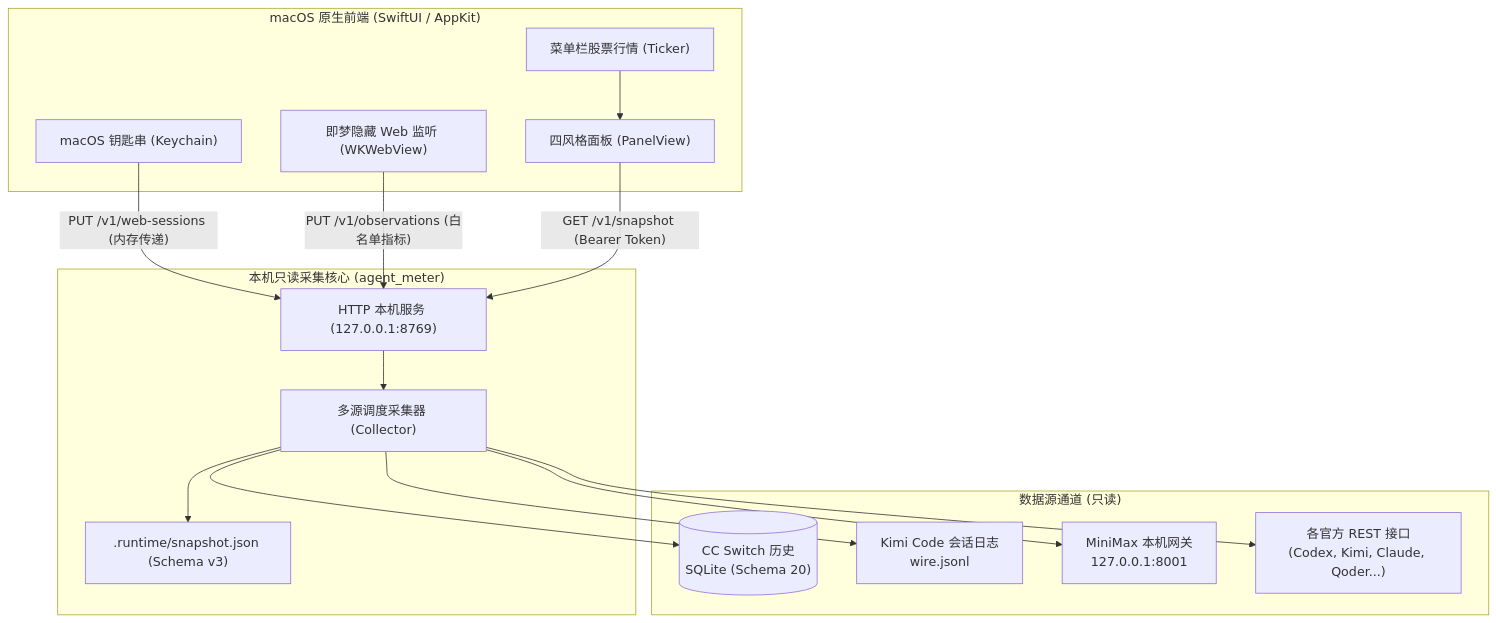
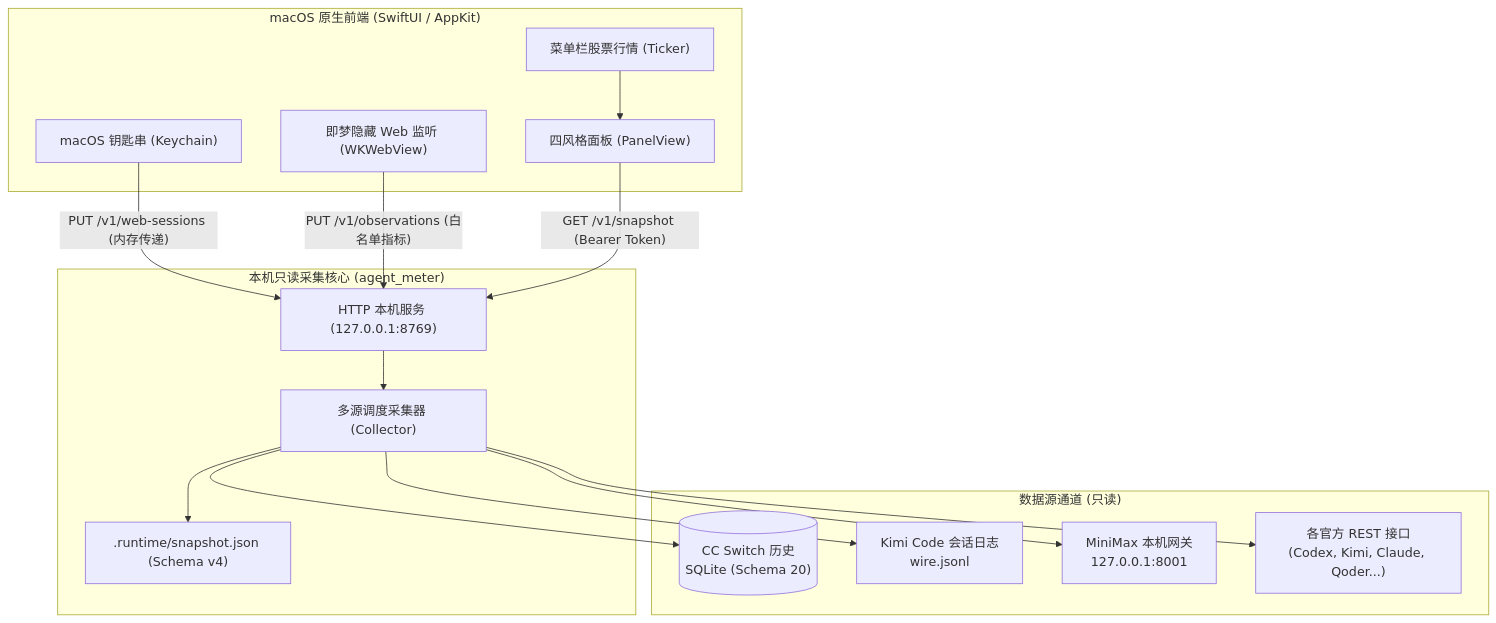
The diagram in README.md (Gary23333/agent-meter), drawn with Mermaid before and after one commit. The commit also changed other lines of this file and 12 other files, not shown here.

````diff
--- a/README.md
+++ b/README.md
@@ -192,33 +193,33 @@
 ```mermaid
 flowchart TD
     subgraph macOS UI ["macOS 原生前端 (SwiftUI / AppKit)"]
         MB["菜单栏股票行情 (Ticker)"]
         PN["四风格面板 (PanelView)"]
         KC["macOS 钥匙串 (Keychain)"]
         WV["即梦隐藏 Web 监听 (WKWebView)"]
     end
 
     subgraph Core ["本机只读采集核心 (agent_meter)"]
         SRV["HTTP 本机服务 (127.0.0.1:8769)"]
         COLL["多源调度采集器 (Collector)"]
-        SNAP[".runtime/snapshot.json (Schema v3)"]
+        SNAP[".runtime/snapshot.json (Schema v4)"]
     end
 
     subgraph Sources ["数据源通道 (只读)"]
         S_SQL[("CC Switch 历史\nSQLite (Schema 20)")]
         S_LOG["Kimi Code 会话日志\nwire.jsonl"]
         S_GW["MiniMax 本机网关\n127.0.0.1:8001"]
         S_NET["各官方 REST 接口\n(Codex, Kimi, Claude, Qoder...)"]
     end
 
     MB --> PN
     KC --"PUT /v1/web-sessions (内存传递)"--> SRV
     WV --"PUT /v1/observations (白名单指标)"--> SRV
     PN --"GET /v1/snapshot (Bearer Token)"--> SRV
     SRV --> COLL
     COLL --> S_SQL
     COLL --> S_LOG
     COLL --> S_GW
     COLL --> S_NET
     COLL --> SNAP
 ```
````
